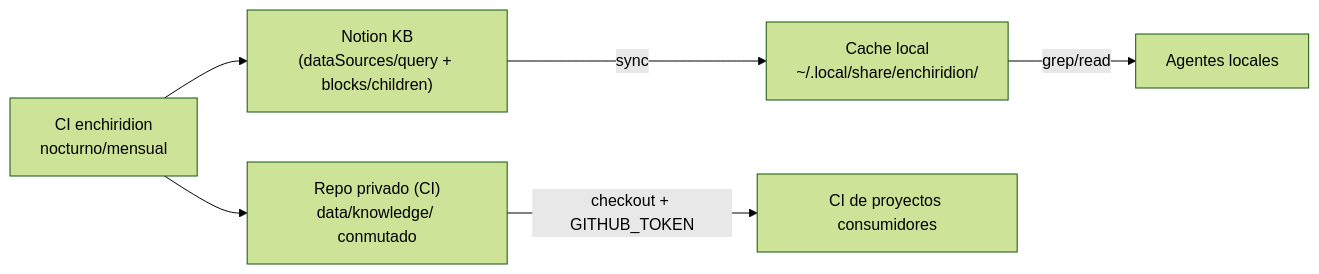
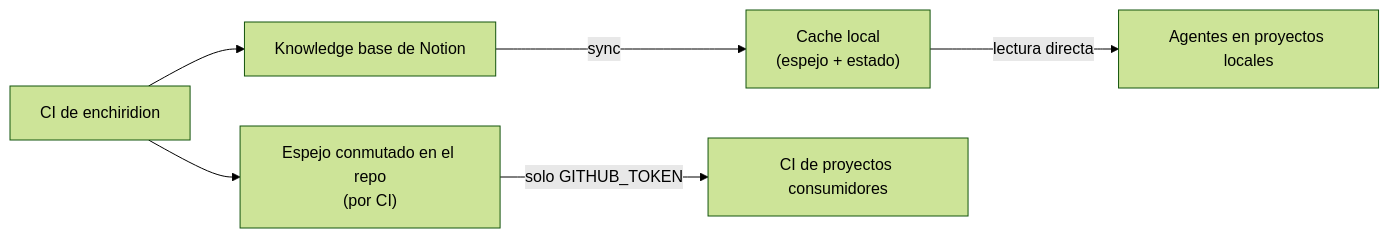
One commit to iyaki/enchiridion changed the diagram in specs/architecture.md. Above: the diagram before and after it, drawn with Mermaid (forest theme). The commit also changed other lines of this file and 4 other files, not shown here.

````diff
--- a/specs/architecture.md
+++ b/specs/architecture.md
@@ -8,8 +8,8 @@
 ```mermaid
 graph LR
-    Notion["Notion KB<br>(dataSources/query + blocks/children)"] -->|"sync"| Cache["Cache local<br>~/.local/share/enchiridion/"]
-    Cache -->|"grep/read"| Agent["Agentes locales"]
-    Repo["Repo privado (CI)<br>data/knowledge/ conmutado"] -->|"checkout + GITHUB_TOKEN"| CI["CI de proyectos consumidores"]
-    CI2["CI enchiridion<br>nocturno/mensual"] --> Repo
-    CI2 --> Notion
+    Notion["Knowledge base de Notion"] -->|"sync"| Cache["Cache local<br>(espejo + estado)"]
+    Cache -->|"lectura directa"| Agent["Agentes en proyectos locales"]
+    Repo["Espejo conmutado en el repo<br>(por CI)"] -->|"solo GITHUB_TOKEN"| CIC["CI de proyectos consumidores"]
+    CIR["CI de enchiridion"] --> Repo
+    CIR --> Notion
 ```
````
